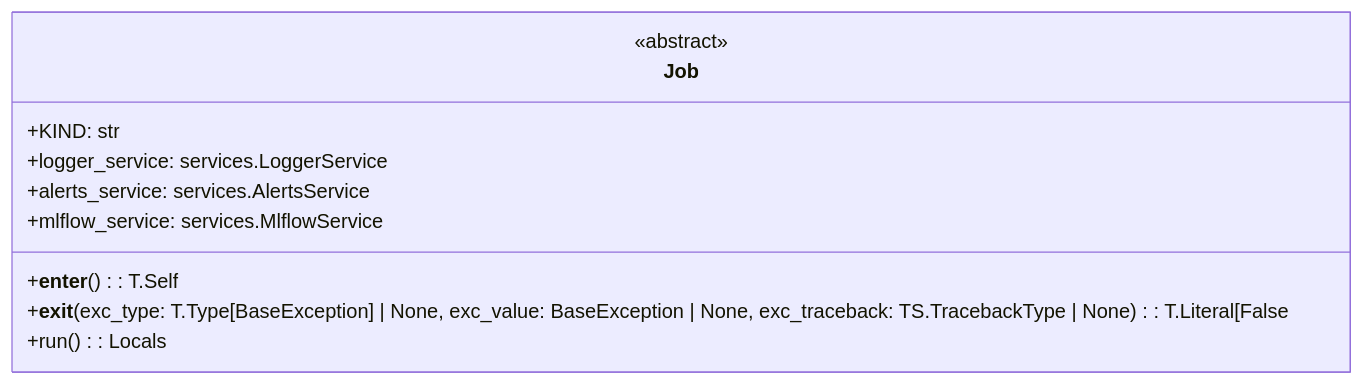
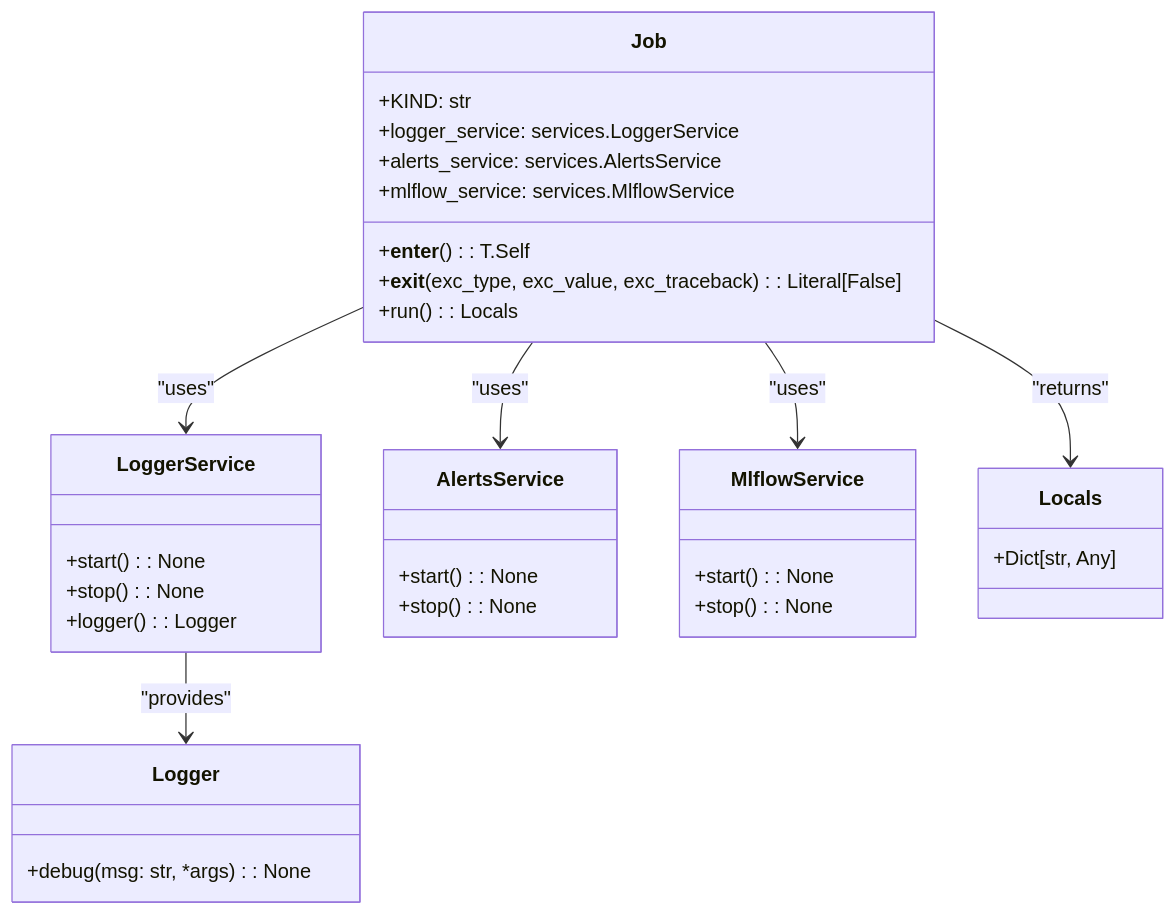
The diagram in Documents/Base_stories.md (fmind/mlops-python-package), drawn with Mermaid before and after one commit. The commit also changed 1 other file, not shown here.

Commit message:
docs: updated UML diagrams

````diff
--- a/Documents/Base_stories.md
+++ b/Documents/Base_stories.md
@@ -19,14 +19,43 @@
 ```mermaid
 classDiagram
-    %% Base Class: Job
     class Job {
-        <<abstract>>
         +KIND: str
         +logger_service: services.LoggerService
         +alerts_service: services.AlertsService
         +mlflow_service: services.MlflowService
         +__enter__() : T.Self
-        +__exit__(exc_type: T.Type[BaseException] | None, exc_value: BaseException | None, exc_traceback: TS.TracebackType | None) : T.Literal[False
+        +__exit__(exc_type, exc_value, exc_traceback) : Literal[False]
         +run() : Locals
     }
+
+    class LoggerService {
+        +start() : None
+        +stop() : None
+        +logger() : Logger
+    }
+
+    class AlertsService {
+        +start() : None
+        +stop() : None
+    }
+
+    class MlflowService {
+        +start() : None
+        +stop() : None
+    }
+
+    class Logger {
+        +debug(msg: str, *args) : None
+    }
+
+    class Locals {
+        +Dict[str, Any]
+    }
+
+    Job --> LoggerService : "uses"
+    Job --> AlertsService : "uses"
+    Job --> MlflowService : "uses"
+    LoggerService --> Logger : "provides"
+    Job --> Locals : "returns"
+
 ```
````
